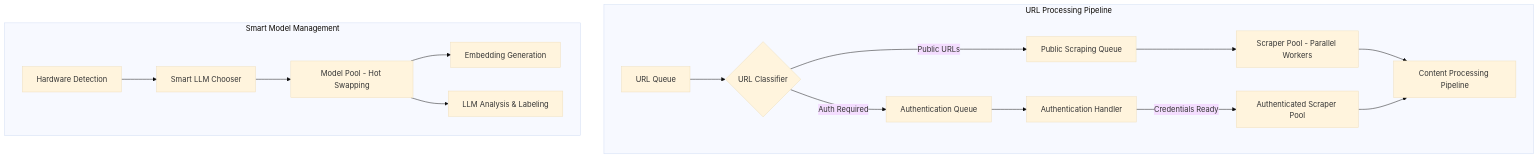
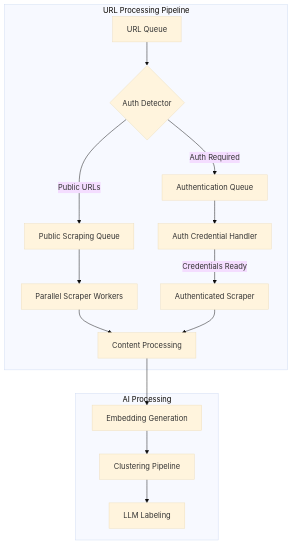
One commit to berdyh/tab-organizer changed the third of 6 diagrams in docs/ARCHITECTURE.md. Above: the diagram before and after it, drawn with Mermaid (base theme). The commit also changed other lines of this file and 3 other files, not shown here.

First line of the commit message:
docs: update documentation for 4-service architecture

````diff
--- a/docs/ARCHITECTURE.md
+++ b/docs/ARCHITECTURE.md
@@ -111,22 +89,21 @@
 ```mermaid
 graph TB
     subgraph "URL Processing Pipeline"
-        URLQueue[URL Queue] --> URLClassifier{URL Classifier}
+        URLQueue[URL Queue] --> URLClassifier{Auth Detector}
         URLClassifier -->|Public URLs| PublicQueue[Public Scraping Queue]
         URLClassifier -->|Auth Required| AuthQueue[Authentication Queue]
         
-        PublicQueue --> ScraperPool[Scraper Pool - Parallel Workers]
-        AuthQueue --> AuthHandler[Authentication Handler]
-        AuthHandler -->|Credentials Ready| AuthScraper[Authenticated Scraper Pool]
+        PublicQueue --> ScraperPool[Parallel Scraper Workers]
+        AuthQueue --> AuthHandler[Auth Credential Handler]
+        AuthHandler -->|Credentials Ready| AuthScraper[Authenticated Scraper]
         
-        ScraperPool --> ContentProcessor[Content Processing Pipeline]
+        ScraperPool --> ContentProcessor[Content Processing]
         AuthScraper --> ContentProcessor
     end
     
-    subgraph "Smart Model Management"
-        HardwareDetector[Hardware Detection] --> ModelChooser[Smart LLM Chooser]
-        ModelChooser --> ModelPool[Model Pool - Hot Swapping]
-        ModelPool --> EmbeddingService[Embedding Generation]
-        ModelPool --> LLMService[LLM Analysis & Labeling]
+    subgraph "AI Processing"
+        ContentProcessor --> EmbeddingService[Embedding Generation]
+        EmbeddingService --> ClusteringService[Clustering Pipeline]
+        ClusteringService --> LLMService[LLM Labeling]
     end
 ```
````
